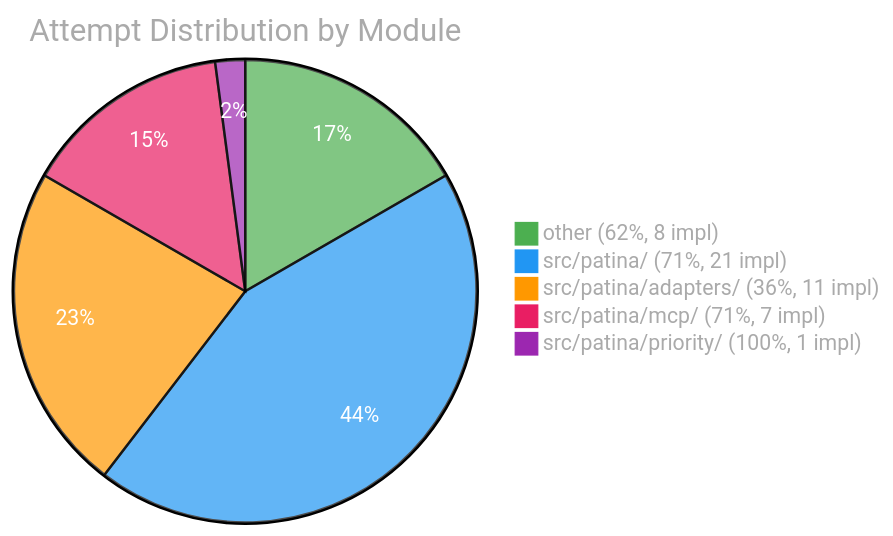
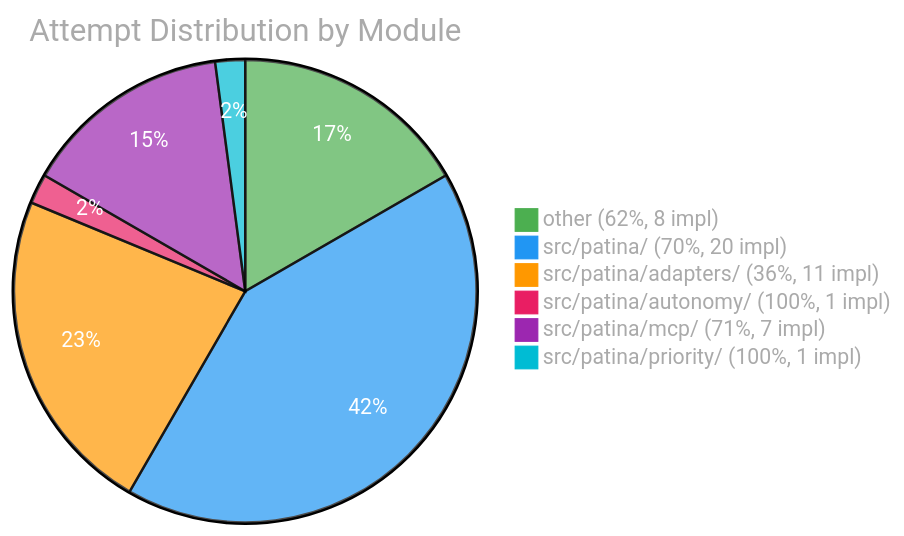
The third of 3 diagrams in EVAL.md (Sanctum-Origo-Systems/patina), drawn with Mermaid before and after one commit. The commit also changed other lines of this file and 1 other file, not shown here.

````diff
--- a/EVAL.md
+++ b/EVAL.md
@@ -53,9 +55,10 @@
 ```mermaid
 %%{init: {'theme': 'base', 'themeVariables': {'pie1': '#4CAF50', 'pie2': '#2196F3', 'pie3': '#FF9800', 'pie4': '#E91E63', 'pie5': '#9C27B0', 'pie6': '#00BCD4', 'pieTitleTextColor': '#aaa', 'pieLegendTextColor': '#aaa', 'pieSectionTextColor': '#fff'}}}%%
 pie title Attempt Distribution by Module
     "other (62%, 8 impl)" : 8
-    "src/patina/ (71%, 21 impl)" : 21
+    "src/patina/ (70%, 20 impl)" : 20
     "src/patina/adapters/ (36%, 11 impl)" : 11
+    "src/patina/autonomy/ (100%, 1 impl)" : 1
     "src/patina/mcp/ (71%, 7 impl)" : 7
     "src/patina/priority/ (100%, 1 impl)" : 1
 ```
````
